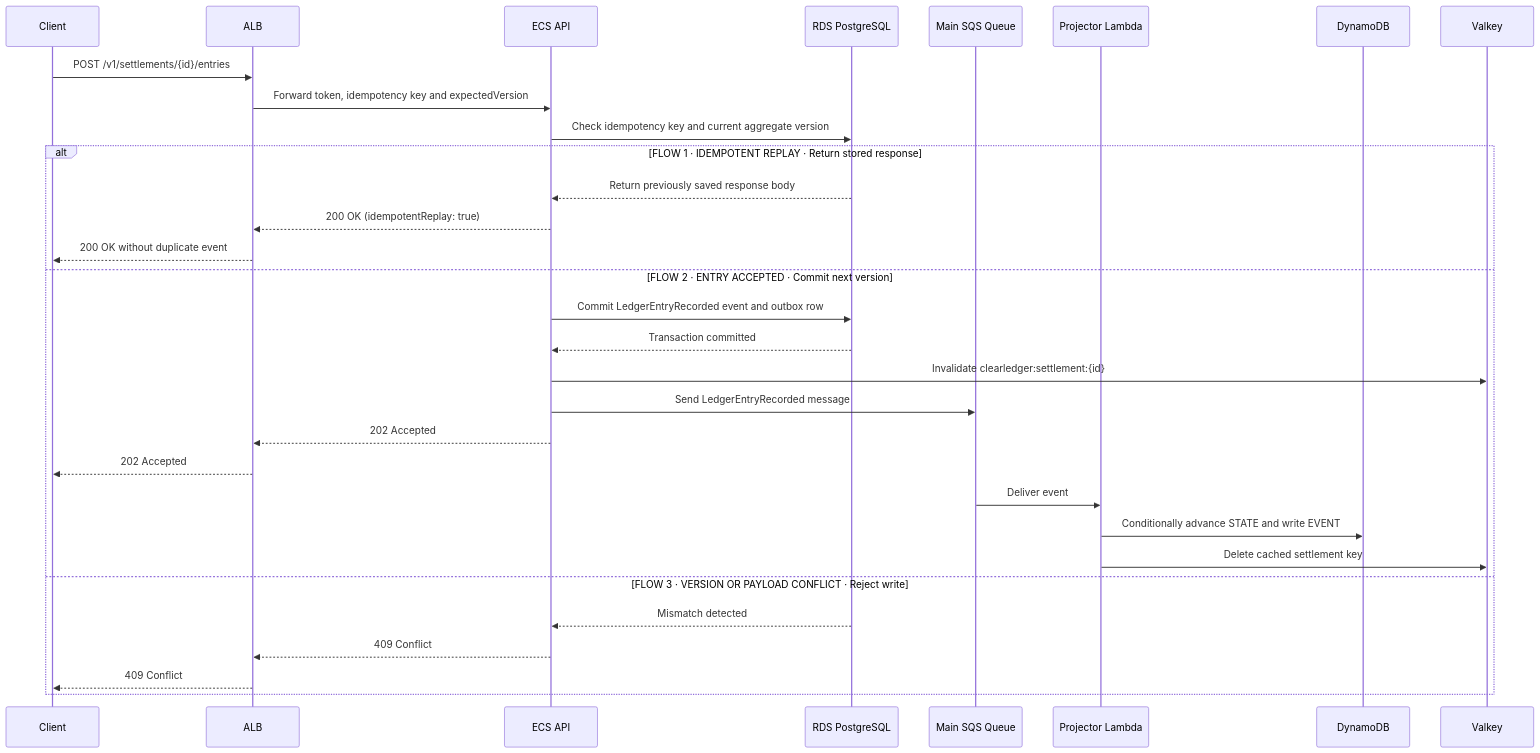
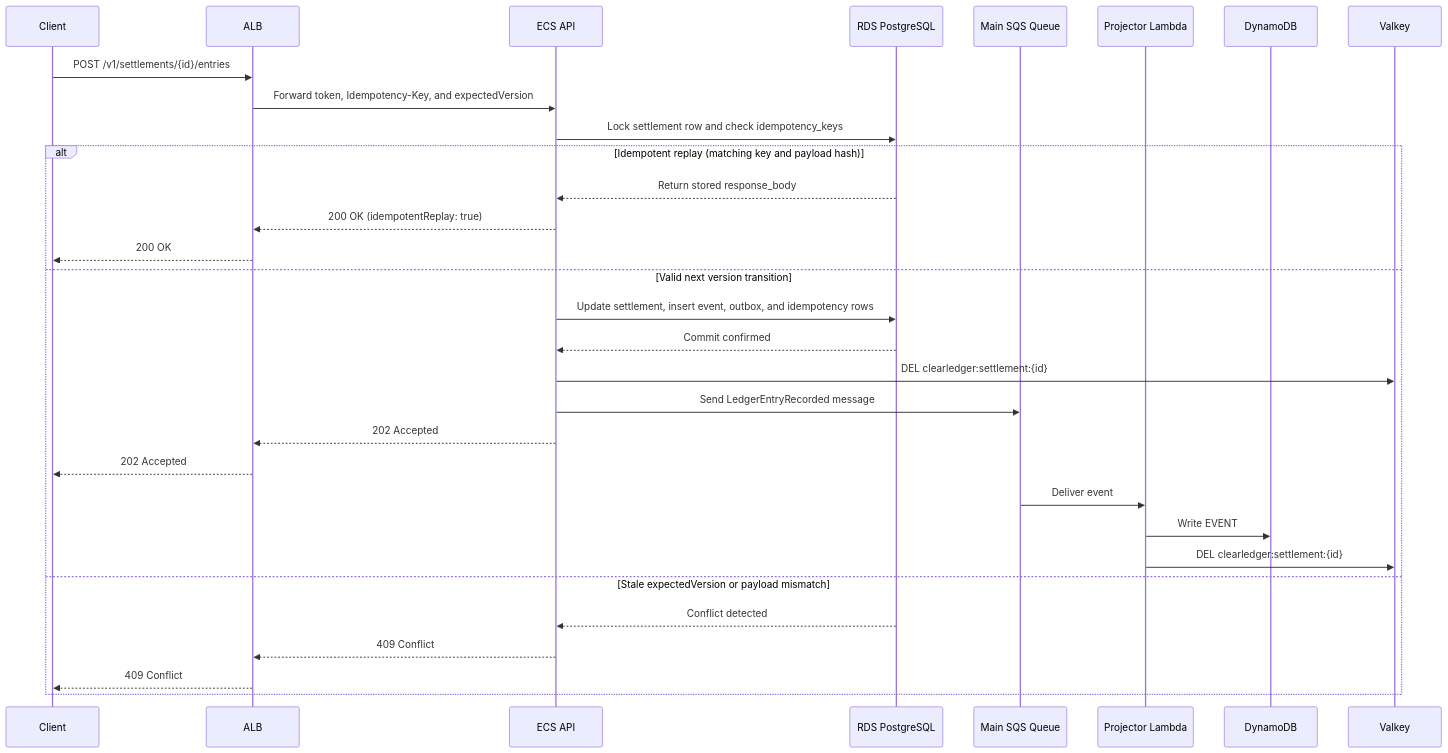
Before and after one commit to git-azeez/aw-az-01: the third of 8 diagrams in reasoning.md, drawn with Mermaid. The commit also changed other lines of this file and 1 other file, not shown here.

````diff
--- a/reasoning.md
+++ b/reasoning.md
@@ -107,35 +106,35 @@
 ```mermaid
 sequenceDiagram
     participant Client
     participant ALB
     participant API as ECS API
     participant RDS as RDS PostgreSQL
     participant SQS as Main SQS Queue
     participant Projector as Projector Lambda
     participant DDB as DynamoDB
     participant Valkey
 
     Client->>ALB: POST /v1/settlements/{id}/entries
-    ALB->>API: Forward token, idempotency key and expectedVersion
-    API->>RDS: Check idempotency key and current aggregate version
+    ALB->>API: Forward token, Idempotency-Key, and expectedVersion
+    API->>RDS: Lock settlement row and check idempotency_keys
 
-    alt FLOW 1 · IDEMPOTENT REPLAY · Return stored response
-        RDS-->>API: Return previously saved response body
+    alt Idempotent replay (matching key and payload hash)
+        RDS-->>API: Return stored response_body
         API-->>ALB: 200 OK (idempotentReplay: true)
-        ALB-->>Client: 200 OK without duplicate event
-    else FLOW 2 · ENTRY ACCEPTED · Commit next version
-        API->>RDS: Commit LedgerEntryRecorded event and outbox row
-        RDS-->>API: Transaction committed
-        API->>Valkey: Invalidate clearledger:settlement:{id}
+        ALB-->>Client: 200 OK
+    else Valid next version transition
+        API->>RDS: Update settlement, insert event, outbox, and idempotency rows
+        RDS-->>API: Commit confirmed
+        API->>Valkey: DEL clearledger:settlement:{id}
         API->>SQS: Send LedgerEntryRecorded message
         API-->>ALB: 202 Accepted
         ALB-->>Client: 202 Accepted
         SQS->>Projector: Deliver event
-        Projector->>DDB: Conditionally advance STATE and write EVENT#<version>
-        Projector->>Valkey: Delete cached settlement key
-    else FLOW 3 · VERSION OR PAYLOAD CONFLICT · Reject write
-        RDS-->>API: Mismatch detected
+        Projector->>DDB: Write EVENT#<version> and conditionally advance STATE
+        Projector->>Valkey: DEL clearledger:settlement:{id}
+    else Stale expectedVersion or payload mismatch
+        RDS-->>API: Conflict detected
         API-->>ALB: 409 Conflict
         ALB-->>Client: 409 Conflict
     end
 ```
````
